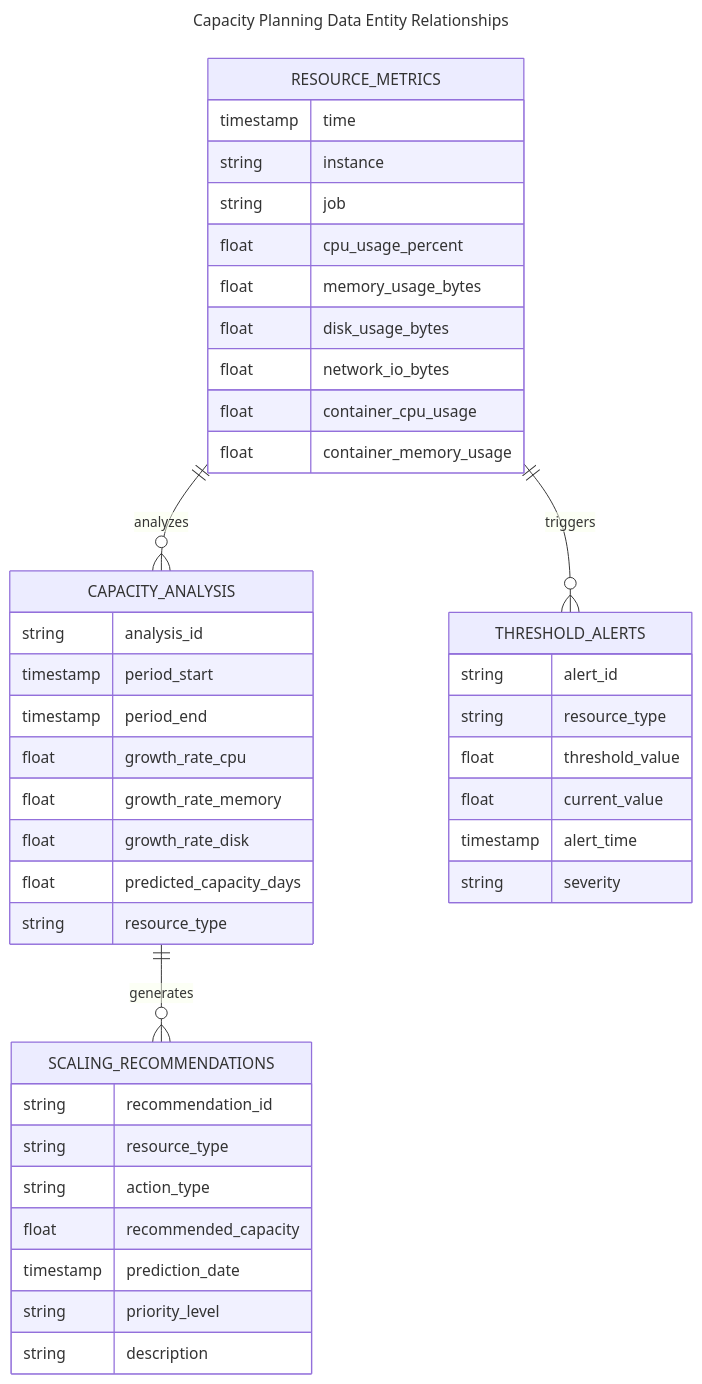
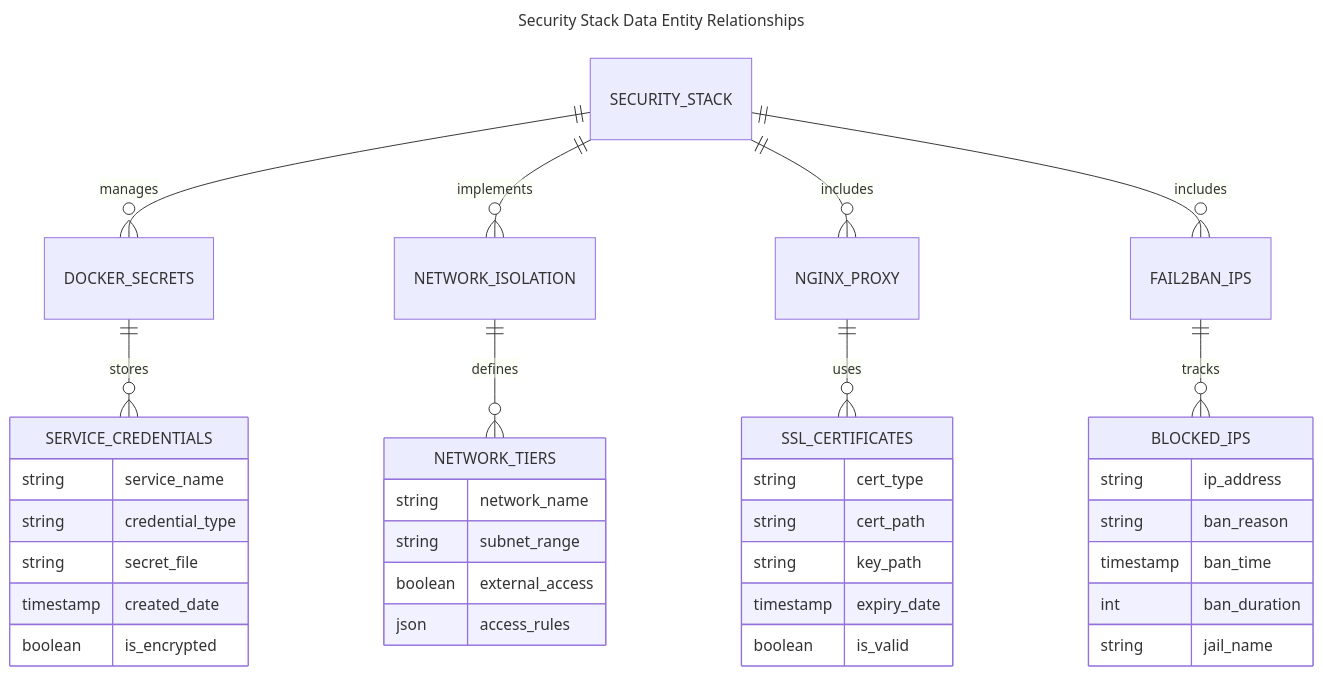
One commit to RustedVikingOG/n8n_docker_stack changed diagram 27 of 32 in docs/designs/use_cases.md. Above: the diagram before and after it, drawn with Mermaid. The commit also changed other lines of this file and 2 other files, not shown here.

````diff
--- a/docs/designs/use_cases.md
+++ b/docs/designs/use_cases.md
@@ -1393,51 +1087,46 @@
 ```mermaid
 ---
-title: Capacity Planning Data Entity Relationships
+title: Security Stack Data Entity Relationships
 ---
 erDiagram
-    RESOURCE_METRICS ||--o{ CAPACITY_ANALYSIS : analyzes
-    CAPACITY_ANALYSIS ||--o{ SCALING_RECOMMENDATIONS : generates
-    RESOURCE_METRICS ||--o{ THRESHOLD_ALERTS : triggers
+    SECURITY_STACK ||--o{ DOCKER_SECRETS : manages
+    SECURITY_STACK ||--o{ NETWORK_ISOLATION : implements
+    SECURITY_STACK ||--o{ NGINX_PROXY : includes
+    SECURITY_STACK ||--o{ FAIL2BAN_IPS : includes
     
-    RESOURCE_METRICS {
-        timestamp time
-        string instance
-        string job
-        float cpu_usage_percent
-        float memory_usage_bytes
-        float disk_usage_bytes
-        float network_io_bytes
-        float container_cpu_usage
-        float container_memory_usage
+    DOCKER_SECRETS ||--o{ SERVICE_CREDENTIALS : stores
+    NETWORK_ISOLATION ||--o{ NETWORK_TIERS : defines
+    NGINX_PROXY ||--o{ SSL_CERTIFICATES : uses
+    FAIL2BAN_IPS ||--o{ BLOCKED_IPS : tracks
+    
+    SERVICE_CREDENTIALS {
+        string service_name
+        string credential_type
+        string secret_file
+        timestamp created_date
+        boolean is_encrypted
     }
     
-    CAPACITY_ANALYSIS {
-        string analysis_id
-        timestamp period_start
-        timestamp period_end
-        float growth_rate_cpu
-        float growth_rate_memory
-        float growth_rate_disk
-        float predicted_capacity_days
-        string resource_type
+    NETWORK_TIERS {
+        string network_name
+        string subnet_range
+        boolean external_access
+        json access_rules
     }
     
-    SCALING_RECOMMENDATIONS {
-        string recommendation_id
-        string resource_type
-        string action_type
-        float recommended_capacity
-        timestamp prediction_date
-        string priority_level
-        string description
+    SSL_CERTIFICATES {
+        string cert_type
+        string cert_path
+        string key_path
+        timestamp expiry_date
+        boolean is_valid
     }
     
-    THRESHOLD_ALERTS {
-        string alert_id
-        string resource_type
-        float threshold_value
-        float current_value
-        timestamp alert_time
-        string severity
+    BLOCKED_IPS {
+        string ip_address
+        string ban_reason
+        timestamp ban_time
+        int ban_duration
+        string jail_name
     }
 ```
````
